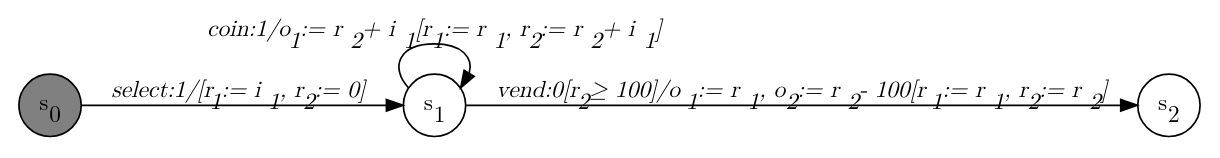
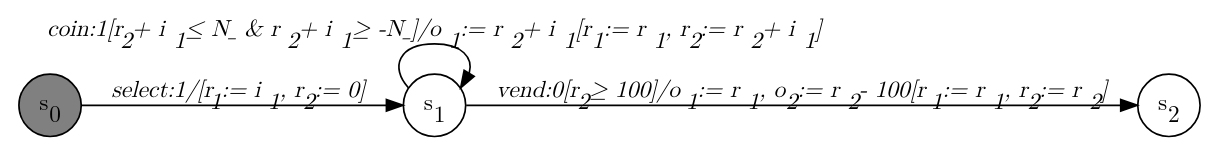
One commit to jmafoster1/efsm-sal changed the diagram in dotfiles/Drinks_Machine_Change.dot. Above: the diagram before and after it, drawn with Graphviz. The commit also changed 51 other files, not shown here.

```diff
--- a/dotfiles/Drinks_Machine_Change.dot
+++ b/dotfiles/Drinks_Machine_Change.dot
@@ -1,13 +1,13 @@
 digraph Drinks_Machine_Change{
-   graph [rankdir="LR", fontname="Latin Modern Math"];
-   node [color="black", fillcolor="white", shape="circle", style="filled", fontname="Latin Modern Math"];
-   edge [fontname="Latin Modern Math"];
+    graph [rankdir="LR", fontname="Latin Modern Math"];
+    node [color="black", fillcolor="white", shape="circle", style="filled", fontname="Latin Modern Math"];
+    edge [fontname="Latin Modern Math"];
 
-   s0[fillcolor="gray", label=<s<sub>0</sub>>];
-   s1[label=<s<sub>1</sub>>];
-   s2[label=<s<sub>2</sub>>];
+    s0[fillcolor="gray", label=<s<sub>0</sub>>];
+    s1[label=<s<sub>1</sub>>];
+    s2[label=<s<sub>2</sub>>];
 
-   s0->s1[label=<<i>select:1/&#91;r<sub>1</sub> := i<sub>1</sub>, r<sub>2</sub> := 0&#93;</i>>];
-   s1->s1[label=<<i>coin:1/o<sub>1</sub> := r<sub>2</sub> + i<sub>1</sub>&#91;r<sub>1</sub> := r<sub>1</sub>, r<sub>2</sub> := r<sub>2</sub> + i<sub>1</sub>&#93;</i>>];
-   s1->s2[label=<<i>vend:0&#91;r<sub>2</sub> &ge; 100&#93;/o<sub>1</sub> := r<sub>1</sub>, o<sub>2</sub> := r<sub>2</sub> - 100&#91;r<sub>1</sub> := r<sub>1</sub>, r<sub>2</sub> := r<sub>2</sub>&#93;</i>>];
+    s0->s1[label=<<i>select:1/&#91;r<sub>1</sub> := i<sub>1</sub>, r<sub>2</sub> := 0&#93;</i>>];
+    s1->s1[label=<<i>coin:1&#91;r<sub>2</sub> + i<sub>1</sub> &le; N_ &amp; r<sub>2</sub> + i<sub>1</sub> &ge; -N_&#93;/o<sub>1</sub> := r<sub>2</sub> + i<sub>1</sub>&#91;r<sub>1</sub> := r<sub>1</sub>, r<sub>2</sub> := r<sub>2</sub> + i<sub>1</sub>&#93;</i>>];
+    s1->s2[label=<<i>vend:0&#91;r<sub>2</sub> &ge; 100&#93;/o<sub>1</sub> := r<sub>1</sub>, o<sub>2</sub> := r<sub>2</sub> - 100&#91;r<sub>1</sub> := r<sub>1</sub>, r<sub>2</sub> := r<sub>2</sub>&#93;</i>>];
 }
```
